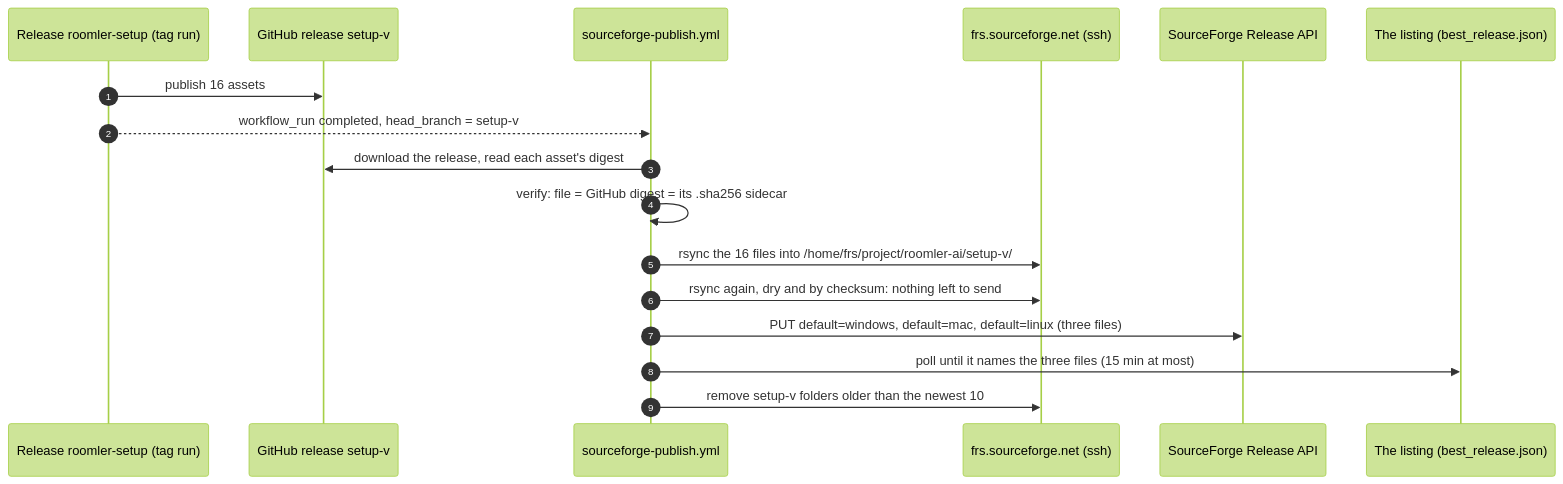
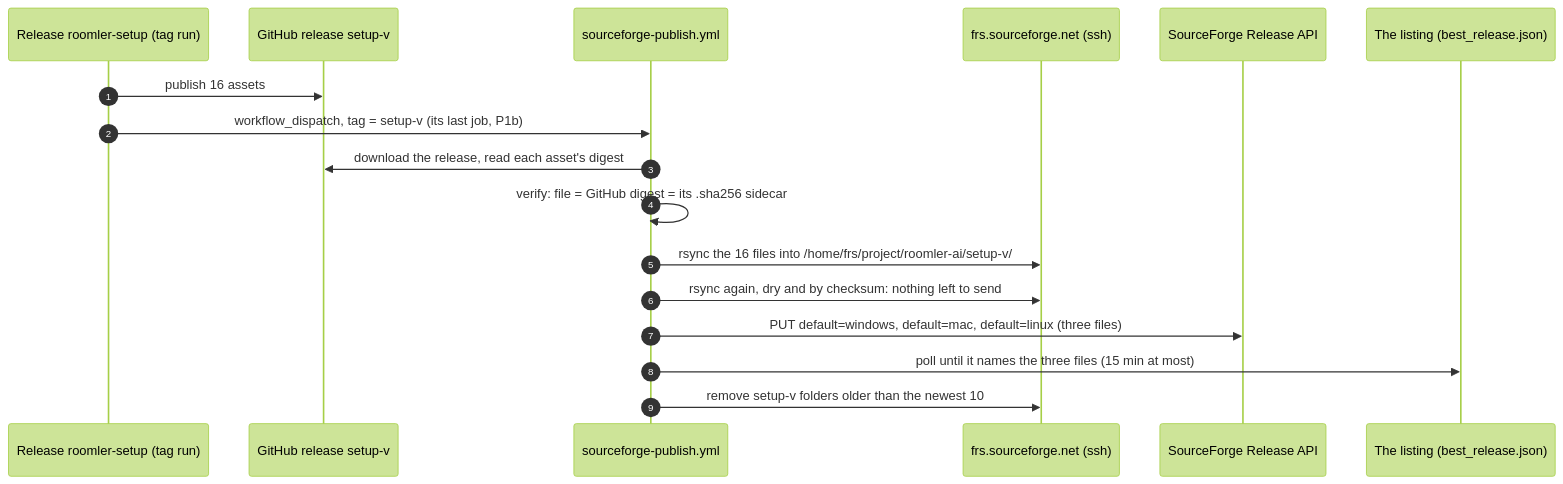
Before and after one commit to gjovanov/roomler-ai: the diagram in docs/fr/FR-143-sourceforge-publish.md, drawn with Mermaid (forest theme). The commit also changed other lines of this file and 7 other files, not shown here.

````diff
--- a/docs/fr/FR-143-sourceforge-publish.md
+++ b/docs/fr/FR-143-sourceforge-publish.md
@@ -68,19 +68,19 @@
 ```mermaid
 sequenceDiagram
     autonumber
     participant W as Release roomler-setup (tag run)
     participant G as GitHub release setup-v
     participant P as sourceforge-publish.yml
     participant F as frs.sourceforge.net (ssh)
     participant A as SourceForge Release API
     participant L as The listing (best_release.json)
     W->>G: publish 16 assets
-    W-->>P: workflow_run completed, head_branch = setup-v
+    W->>P: workflow_dispatch, tag = setup-v (its last job, P1b)
     P->>G: download the release, read each asset's digest
     P->>P: verify: file = GitHub digest = its .sha256 sidecar
     P->>F: rsync the 16 files into /home/frs/project/roomler-ai/setup-v/
     P->>F: rsync again, dry and by checksum: nothing left to send
     P->>A: PUT default=windows, default=mac, default=linux (three files)
     P->>L: poll until it names the three files (15 min at most)
     P->>F: remove setup-v folders older than the newest 10
 ```
````
